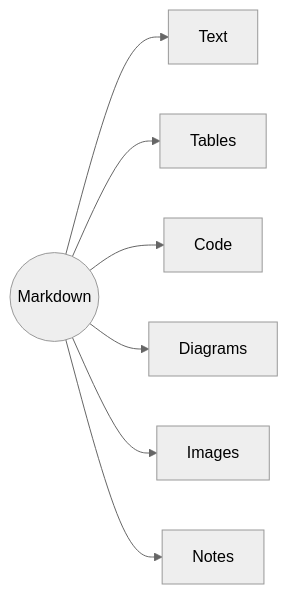
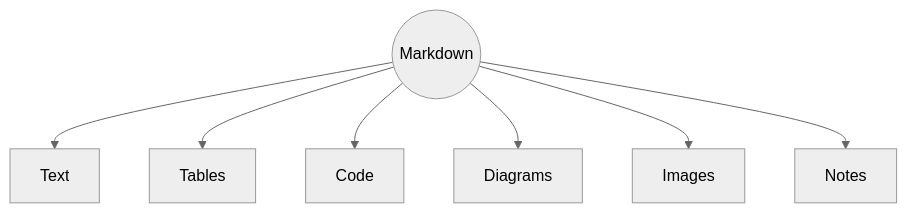
The diagram in how-it-works.md (tycoworks/tycoworks-theme), drawn with Mermaid (neutral theme) before and after one commit. The commit also changed other lines of this file, not shown here.

Commit message:
Lay out the markdown-support diagram top-down
The Image-left slot is tall; a left-to-right flowchart rendered at 13%
of native with a shrink warning. Top-down fills it. Changed in both
the slide and the copy of its source quoted on the previous slide.

````diff
--- a/how-it-works.md
+++ b/how-it-works.md
@@ -84,9 +84,9 @@
 ```mermaid
-flowchart LR
+flowchart TD
   MD((Markdown)) --> Text
   MD --> Tables
   MD --> Code
   MD --> Diagrams
   MD --> Images
   MD --> Notes
 ```
````
